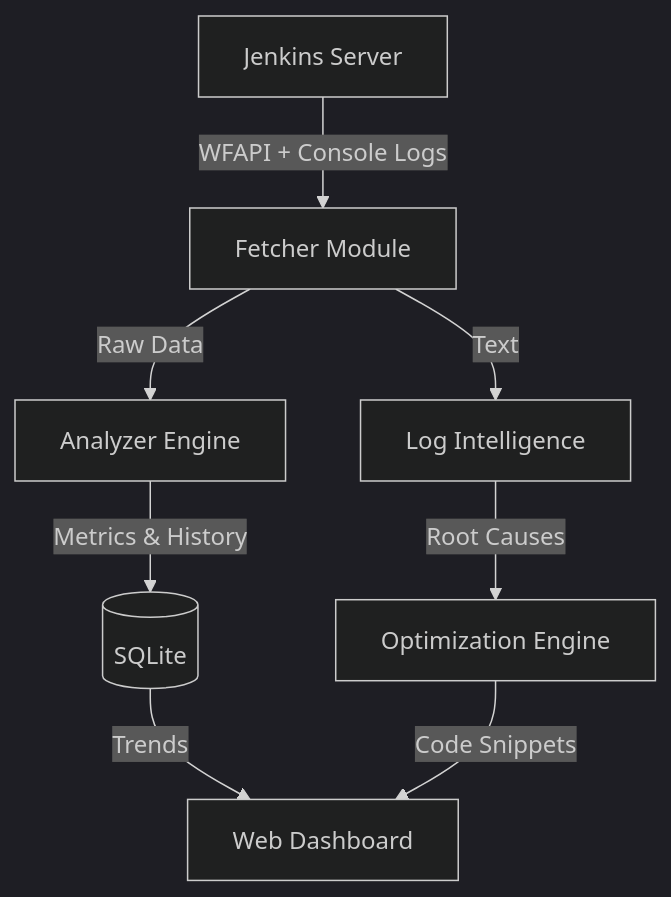
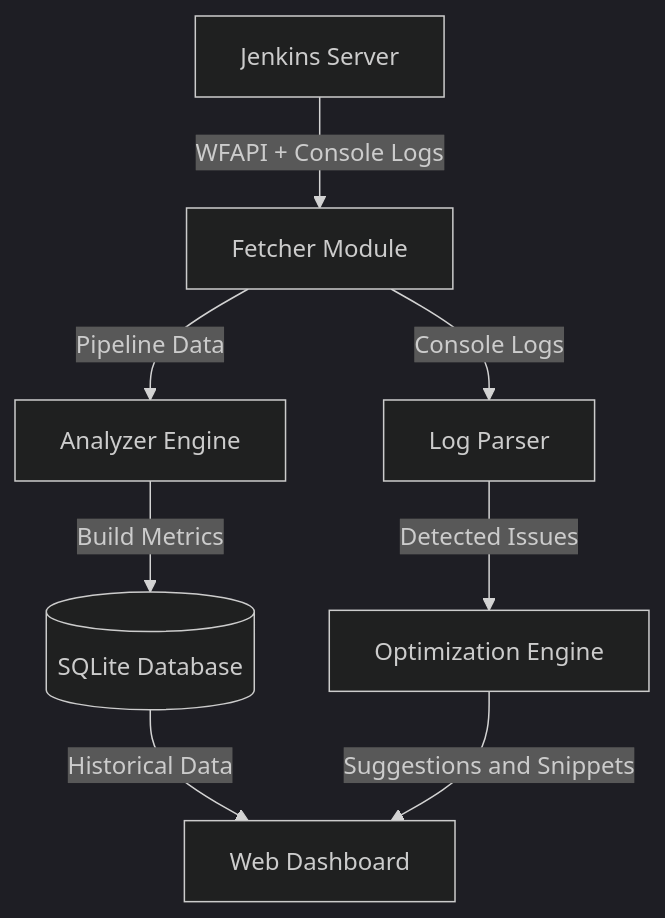
One commit to hariharan346/CI-CD-pipeline-optimizer changed the diagram in ci-cd-optimizer/README.md. Above: the diagram before and after it, drawn with Mermaid (dark theme). The commit also changed other lines of this file, not shown here.

````diff
--- a/ci-cd-optimizer/README.md
+++ b/ci-cd-optimizer/README.md
@@ -38,12 +81,15 @@
 ```mermaid
 graph TD
     Jenkins[Jenkins Server] -->|WFAPI + Console Logs| Fetcher[Fetcher Module]
-    Fetcher -->|Raw Data| Analyzer[Analyzer Engine]
-    Fetcher -->|Text| LogEngine[Log Intelligence]
-    
-    LogEngine -->|Root Causes| Optimizer[Optimization Engine]
-    Analyzer -->|Metrics & History| DB[(SQLite)]
-    DB -->|Trends| Dashboard[Web Dashboard]
-    
-    Optimizer -->|Code Snippets| Dashboard
+
+    Fetcher -->|Pipeline Data| Analyzer[Analyzer Engine]
+    Fetcher -->|Console Logs| LogEngine[Log Parser]
+
+    LogEngine -->|Detected Issues| Optimizer[Optimization Engine]
+
+    Analyzer -->|Build Metrics| DB[(SQLite Database)]
+
+    DB -->|Historical Data| Dashboard[Web Dashboard]
+
+    Optimizer -->|Suggestions and Snippets| Dashboard
 ```
````
